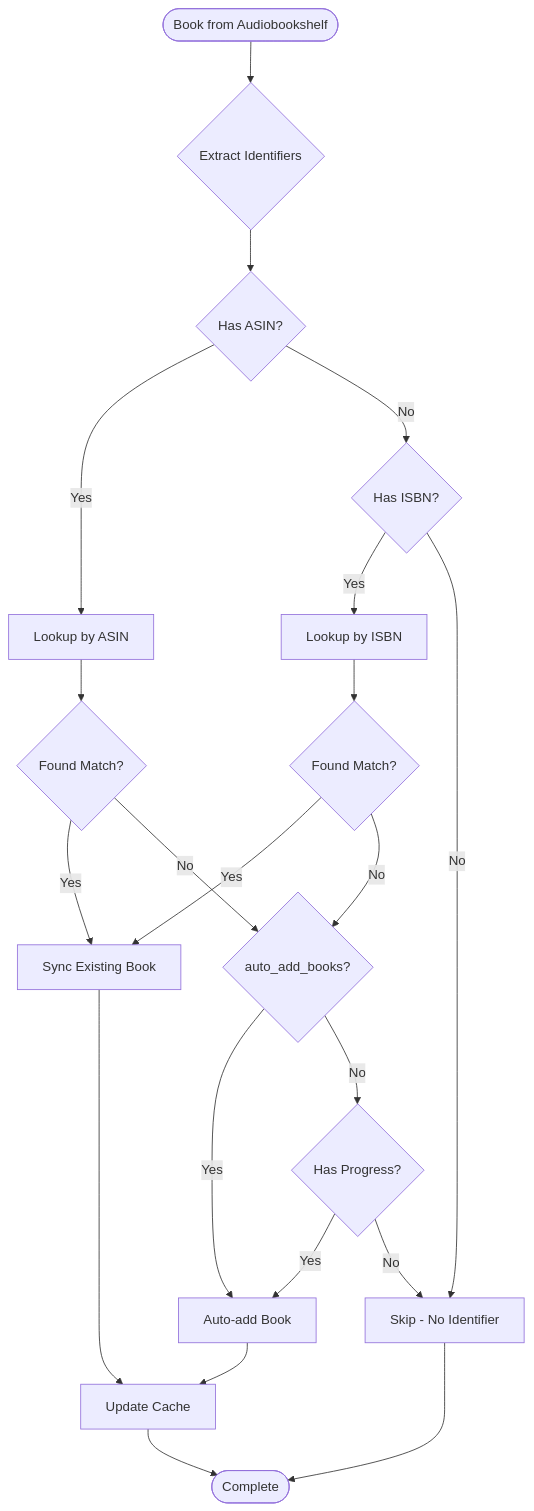
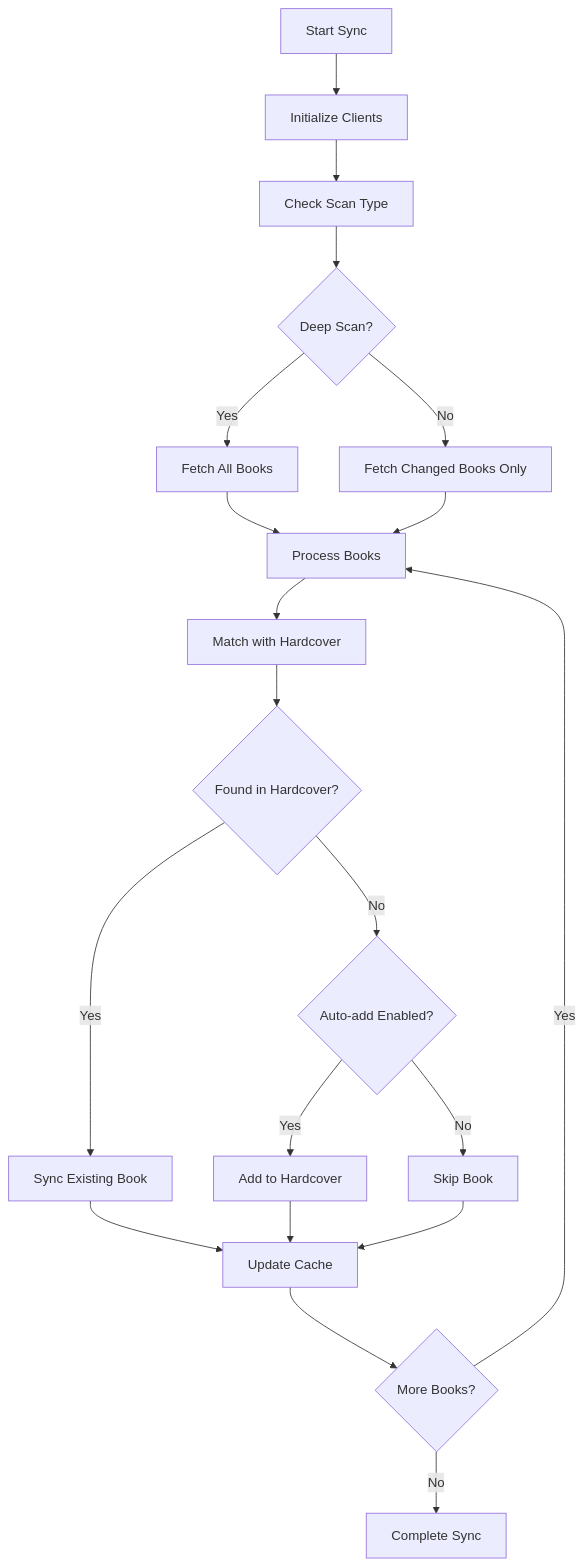
The second of 2 diagrams in wiki/technical/Architecture-Overview.md (rohit-purandare/ShelfBridge), drawn with Mermaid before and after one commit. The commit also changed other lines of this file and 15 other files, not shown here.

````diff
--- a/wiki/technical/Architecture-Overview.md
+++ b/wiki/technical/Architecture-Overview.md
@@ -279,27 +155,22 @@
 ```mermaid
 flowchart TD
-    Start([Book from Audiobookshelf]) --> ExtractID{Extract Identifiers}
-    ExtractID --> HasASIN{Has ASIN?}
-    HasASIN -->|Yes| LookupASIN[Lookup by ASIN]
-    HasASIN -->|No| HasISBN{Has ISBN?}
-    HasISBN -->|Yes| LookupISBN[Lookup by ISBN]
-    HasISBN -->|No| Skip[Skip - No Identifier]
-    
-    LookupASIN --> FoundASIN{Found Match?}
-    FoundASIN -->|Yes| SyncExisting[Sync Existing Book]
-    FoundASIN -->|No| CheckAutoAdd{auto_add_books?}
-    
-    LookupISBN --> FoundISBN{Found Match?}
-    FoundISBN -->|Yes| SyncExisting
-    FoundISBN -->|No| CheckAutoAdd
-    
-    CheckAutoAdd -->|Yes| AutoAdd[Auto-add Book]
-    CheckAutoAdd -->|No| CheckProgress{Has Progress?}
-    CheckProgress -->|Yes| AutoAdd
-    CheckProgress -->|No| Skip
-    
-    SyncExisting --> Cache[Update Cache]
-    AutoAdd --> Cache
-    Skip --> End([Complete])
-    Cache --> End
+    START[Start Sync] --> INIT[Initialize Clients]
+    INIT --> CHECK[Check Scan Type]
+    CHECK --> DEEP{Deep Scan?}
+    DEEP -->|Yes| FETCH_ALL[Fetch All Books]
+    DEEP -->|No| FETCH_CHANGED[Fetch Changed Books Only]
+    FETCH_ALL --> PROCESS[Process Books]
+    FETCH_CHANGED --> PROCESS
+    PROCESS --> MATCH[Match with Hardcover]
+    MATCH --> FOUND{Found in Hardcover?}
+    FOUND -->|Yes| SYNC_EXISTING[Sync Existing Book]
+    FOUND -->|No| AUTO_ADD{Auto-add Enabled?}
+    AUTO_ADD -->|Yes| ADD_BOOK[Add to Hardcover]
+    AUTO_ADD -->|No| SKIP[Skip Book]
+    SYNC_EXISTING --> CACHE[Update Cache]
+    ADD_BOOK --> CACHE
+    SKIP --> CACHE
+    CACHE --> MORE{More Books?}
+    MORE -->|Yes| PROCESS
+    MORE -->|No| COMPLETE[Complete Sync]
 ```
````
